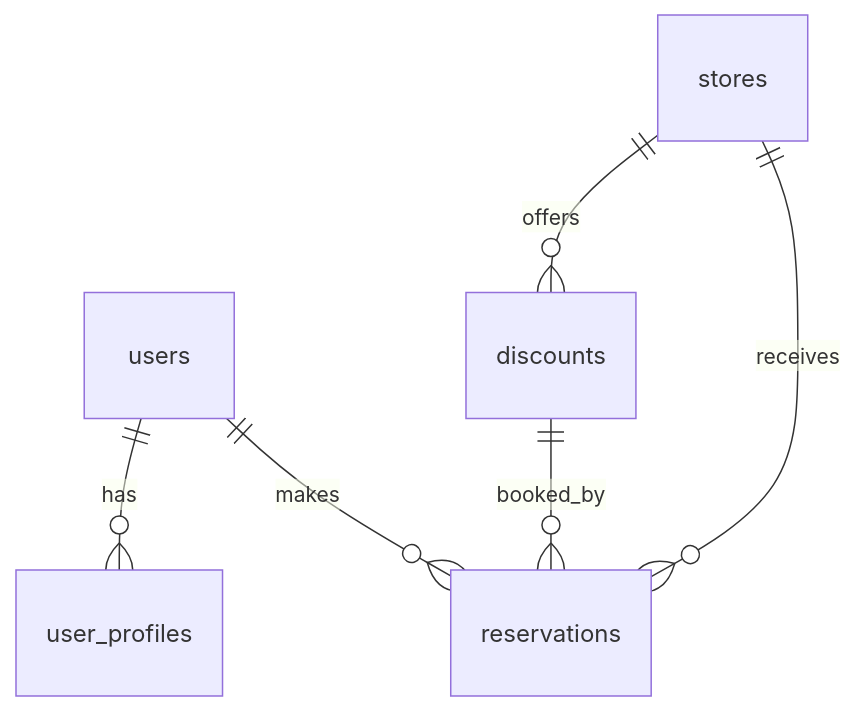
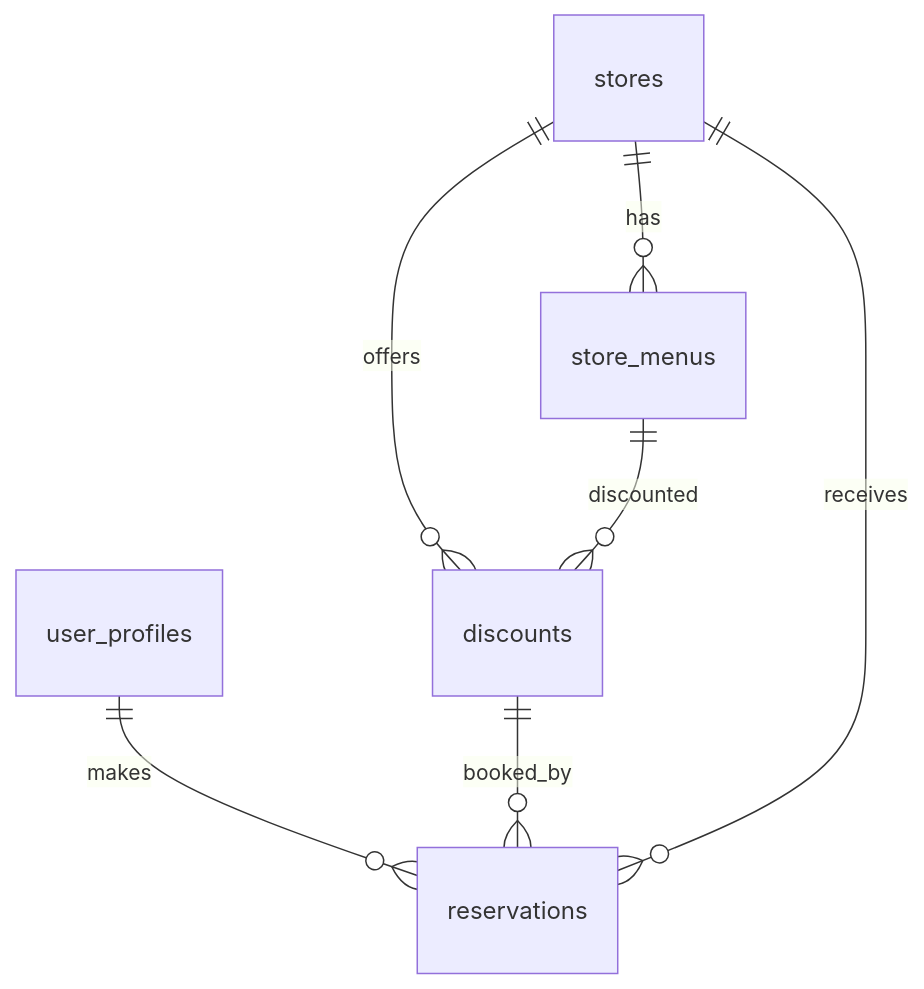
The diagram in erd.md (dhrkawk/happy-hour), drawn with Mermaid before and after one commit. The commit also changed other lines of this file and 2 other files, not shown here.

Commit message:
[fix] erd, cursor mcp

````diff
--- a/erd.md
+++ b/erd.md
@@ -99,8 +107,9 @@
 ```mermaid
 erDiagram
-    users ||--o{ user_profiles : has
-    users ||--o{ reservations : makes
+    user_profiles ||--o{ reservations : makes
+    stores ||--o{ store_menus : has
     stores ||--o{ discounts : offers
+    store_menus ||--o{ discounts : discounted
     discounts ||--o{ reservations : booked_by
     stores ||--o{ reservations : receives
-``` 
+```
````
